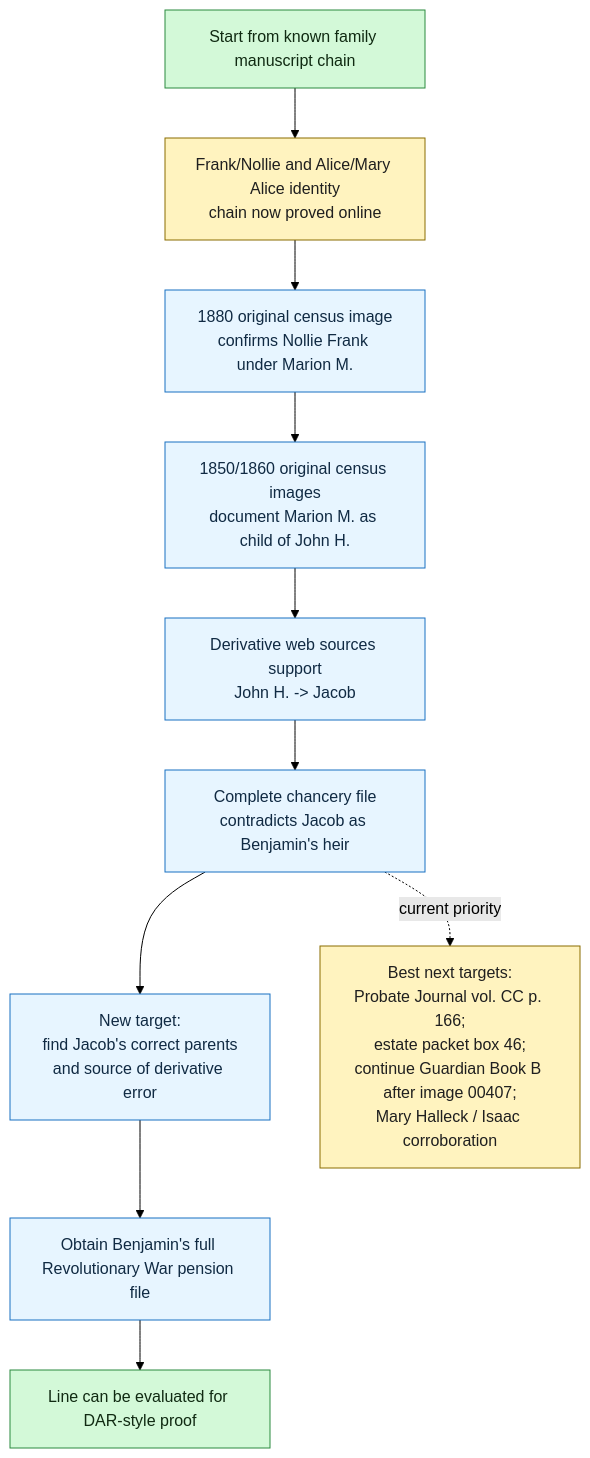
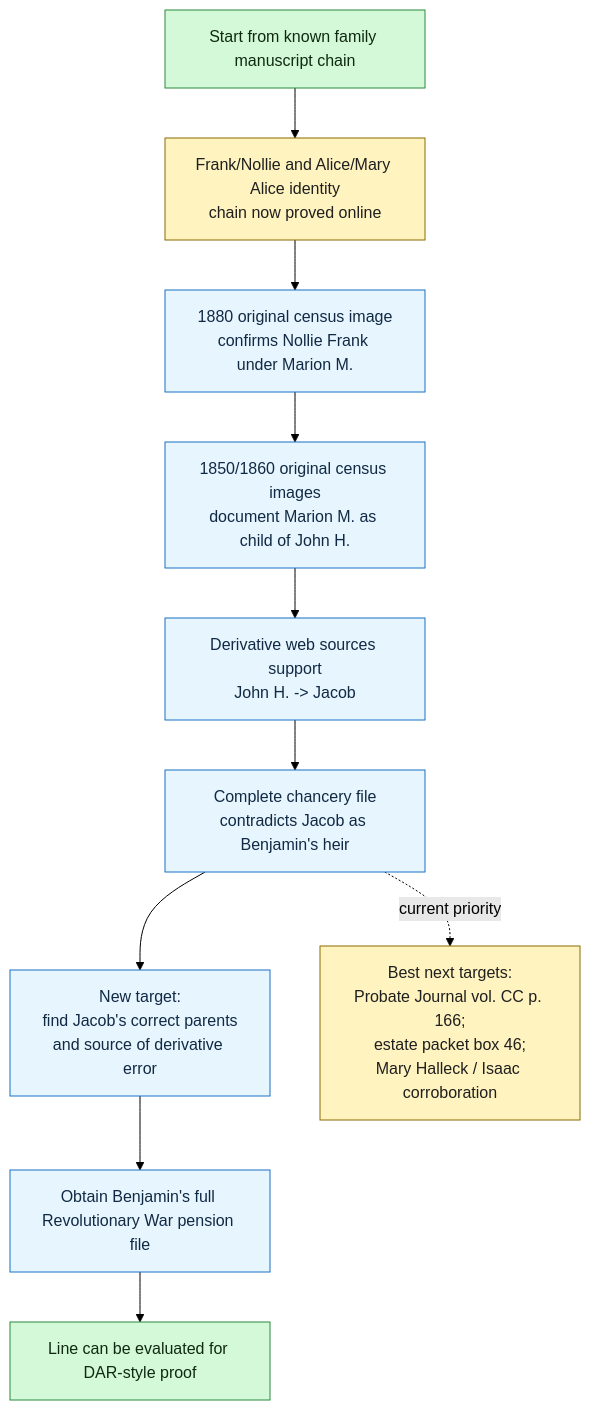
The second of 2 diagrams in RQ-P1-PARTLOW-REVOLUTIONARY-LINE.md (zcopley/copley-family-research), drawn with Mermaid (forest theme) before and after one commit. The commit also changed other lines of this file and 11 other files, not shown here.

````diff
--- a/RQ-P1-PARTLOW-REVOLUTIONARY-LINE.md
+++ b/RQ-P1-PARTLOW-REVOLUTIONARY-LINE.md
@@ -324,23 +324,23 @@
 ```mermaid
 flowchart TD
     A["Start from known family manuscript chain"]
     B["Frank/Nollie and Alice/Mary Alice identity<br/>chain now proved online"]
     C["1880 original census image<br/>confirms Nollie Frank under Marion M."]
     D["1850/1860 original census images<br/>document Marion M. as child of John H."]
     E["Derivative web sources support<br/>John H. -> Jacob"]
     F["Complete chancery file<br/>contradicts Jacob as Benjamin's heir"]
     G["New target:<br/>find Jacob's correct parents<br/>and source of derivative error"]
     I["Obtain Benjamin's full Revolutionary War pension file"]
     H["Line can be evaluated for DAR-style proof"]
 
     A --> B --> C --> D --> E --> F --> G --> I --> H
-    F -. "current priority" .-> P["Best next targets:<br/>Probate Journal vol. CC p. 166;<br/>estate packet box 46;<br/>continue Guardian Book B after image 00407;<br/>Mary Halleck / Isaac corroboration"]
+    F -. "current priority" .-> P["Best next targets:<br/>Probate Journal vol. CC p. 166;<br/>estate packet box 46;<br/>Mary Halleck / Isaac corroboration"]
 
     class A,H goal
     class B,P priority
     class C,D,E,F,G,I action
 
     classDef goal fill:#d3f9d8,stroke:#2b8a3e,color:#102a12;
     classDef priority fill:#fff3bf,stroke:#8a6d00,color:#1f1f1f;
     classDef action fill:#e7f5ff,stroke:#1971c2,color:#102a43;
 ```
````
